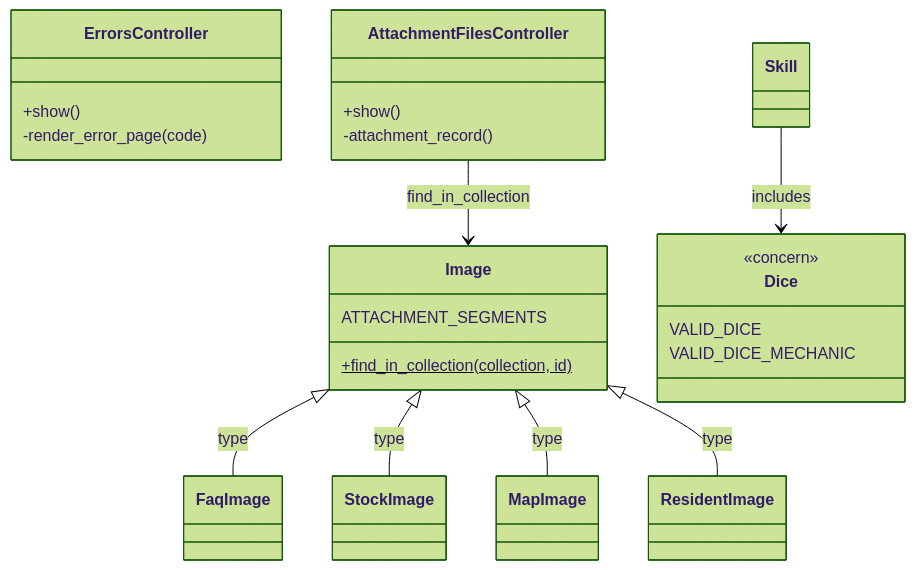
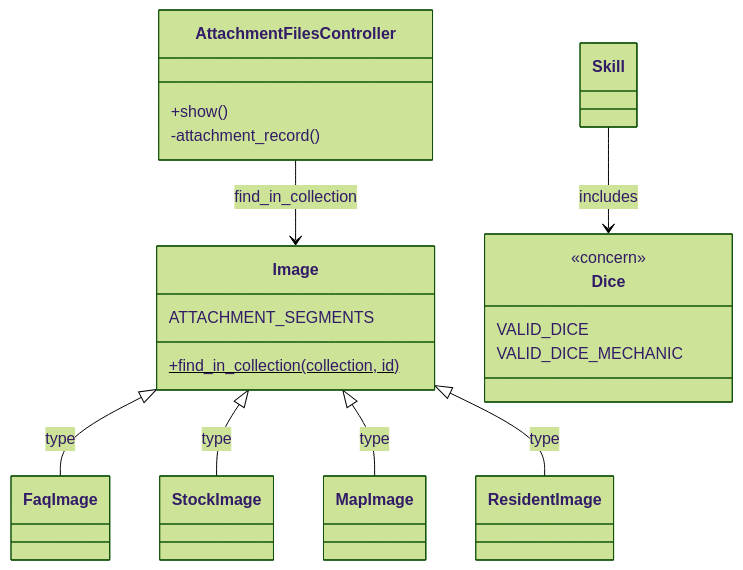
The second of 3 diagrams in docs/changes/fix-security-audit-findings/plan.md (eirvandelden/cityofbrass), drawn with Mermaid (forest theme) before and after one commit. The commit also changed other lines of this file and 1 other file, not shown here.

````diff
--- a/docs/changes/fix-security-audit-findings/plan.md
+++ b/docs/changes/fix-security-audit-findings/plan.md
@@ -49,27 +48,23 @@
 ```mermaid
 classDiagram
-  class ErrorsController {
-    +show()
-    -render_error_page(code)
-  }
   class AttachmentFilesController {
     +show()
     -attachment_record()
   }
   class Image {
     ATTACHMENT_SEGMENTS
     +find_in_collection(collection, id)$
   }
   class Dice {
     <<concern>>
     VALID_DICE
     VALID_DICE_MECHANIC
   }
   class Skill
   AttachmentFilesController --> Image : find_in_collection
   Skill --> Dice : includes
   Image <|-- FaqImage : type
   Image <|-- StockImage : type
   Image <|-- MapImage : type
   Image <|-- ResidentImage : type
 ```
````
